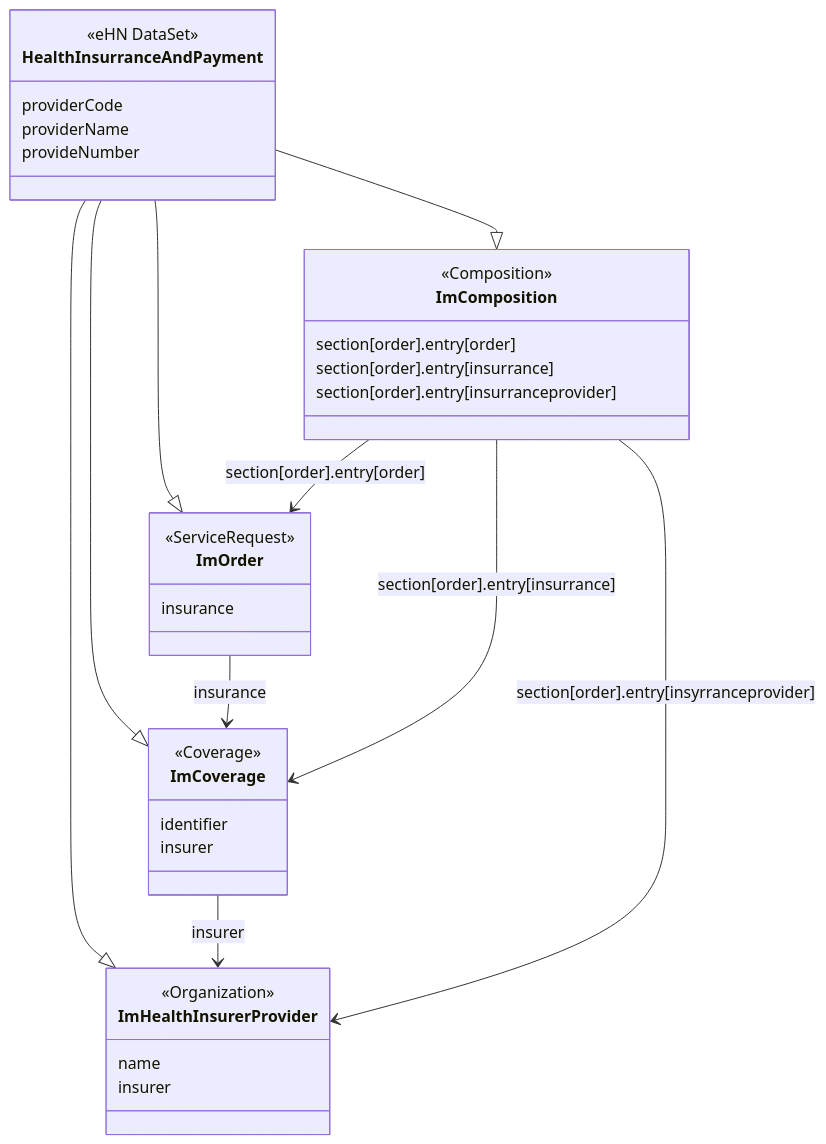
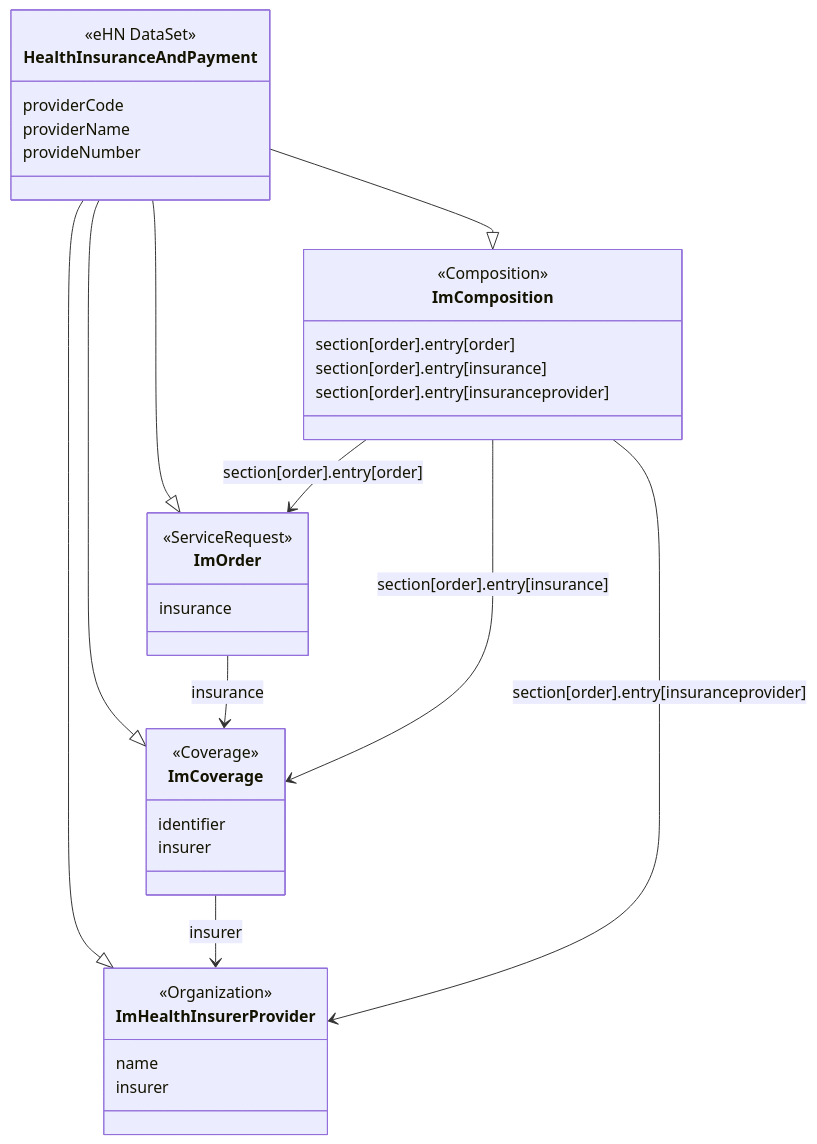
The diagram in input/intro-notes/ConceptMap-A-1-3-HealthInsurenceAndPaymentInformationMapping-intro.md (oijauregui/ehdsimaging), drawn with Mermaid before and after one commit. The commit also changed 37 other files, not shown here.

````diff
--- a/input/intro-notes/ConceptMap-A-1-3-HealthInsurenceAndPaymentInformationMapping-intro.md
+++ b/input/intro-notes/ConceptMap-A-1-3-HealthInsurenceAndPaymentInformationMapping-intro.md
@@ -3,40 +3,40 @@
 ```mermaid
 classDiagram
-    class HealthInsurranceAndPayment{
+    class HealthInsuranceAndPayment{
         <<eHN DataSet>>
         providerCode
         providerName
         provideNumber
     }
     class ImCoverage{
         <<Coverage>>
         identifier
         insurer
     }
     class ImHealthInsurerProvider{
         <<Organization>>
         name
         insurer
     }
     class ImOrder{
         <<ServiceRequest>>
         insurance
     }
     class ImComposition{
         <<Composition>>
         section[order].entry[order]
-        section[order].entry[insurrance]
-        section[order].entry[insurranceprovider]
+        section[order].entry[insurance]
+        section[order].entry[insuranceprovider]
     }
-    HealthInsurranceAndPayment --|> ImCoverage
-    HealthInsurranceAndPayment --|> ImHealthInsurerProvider
-    HealthInsurranceAndPayment --|> ImOrder
-    HealthInsurranceAndPayment --|> ImComposition
+    HealthInsuranceAndPayment --|> ImCoverage
+    HealthInsuranceAndPayment --|> ImHealthInsurerProvider
+    HealthInsuranceAndPayment --|> ImOrder
+    HealthInsuranceAndPayment --|> ImComposition
     
     ImCoverage --> ImHealthInsurerProvider: insurer
     ImOrder --> ImCoverage: insurance
     ImComposition --> ImOrder: section[order].entry[order]
-    ImComposition --> ImCoverage: section[order].entry[insurrance]
-    ImComposition --> ImHealthInsurerProvider: section[order].entry[insyrranceprovider]
+    ImComposition --> ImCoverage: section[order].entry[insurance]
+    ImComposition --> ImHealthInsurerProvider: section[order].entry[insuranceprovider]
 
 ```
````
